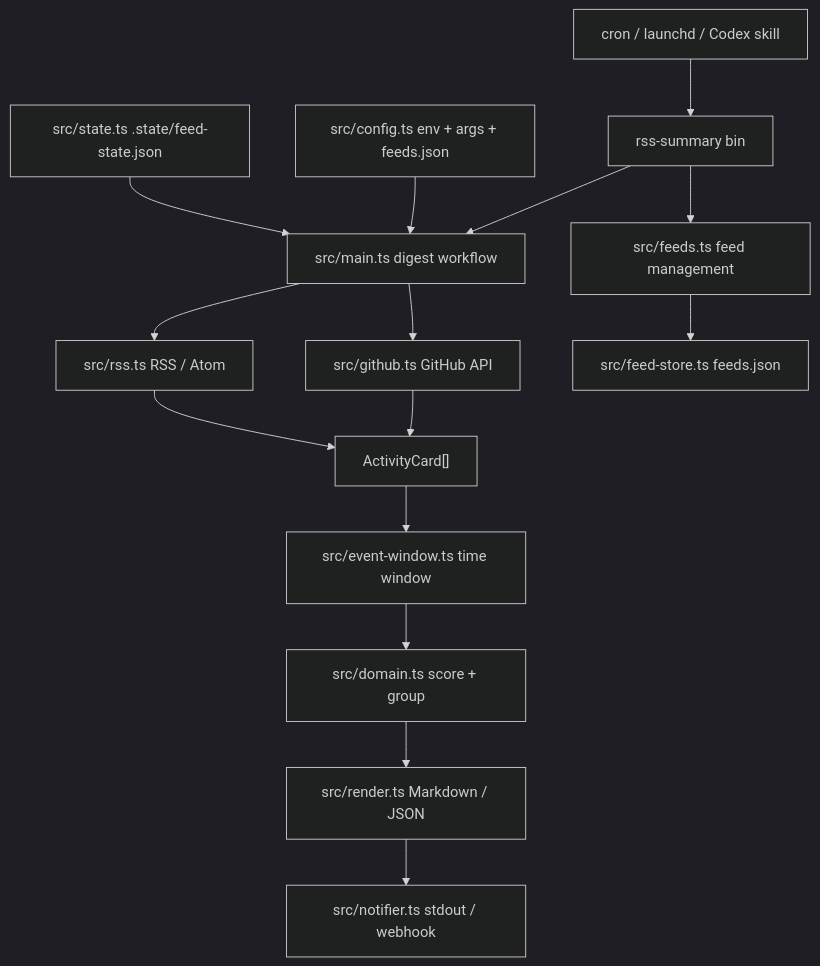
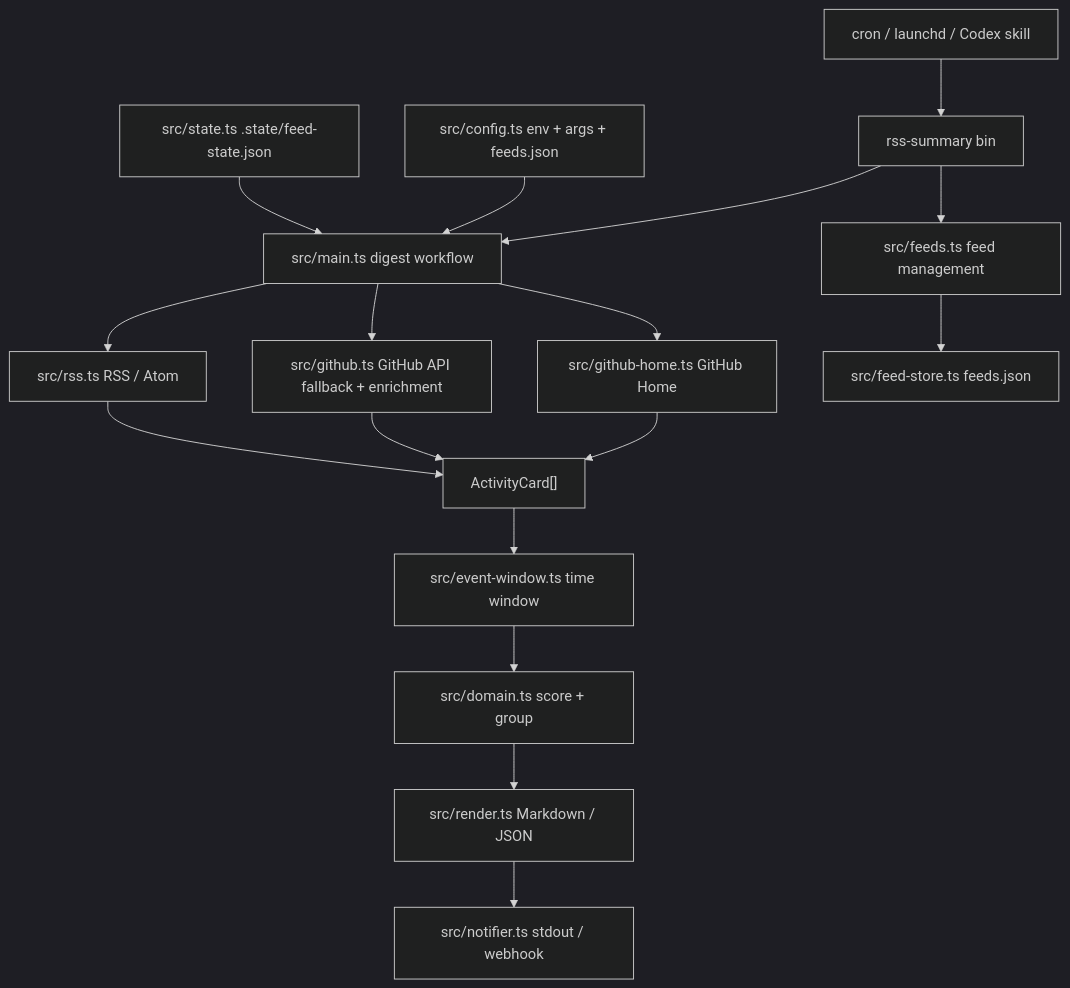
Before and after one commit to PerfectPan/rss-summary: the diagram in docs/architecture.md, drawn with Mermaid (dark theme). The commit also changed other lines of this file and 16 other files, not shown here.

First line of the commit message:
feat: use rendered GitHub Home feed

````diff
--- a/docs/architecture.md
+++ b/docs/architecture.md
@@ -9,21 +9,23 @@
 ```mermaid
 flowchart TD
   Trigger["cron / launchd / Codex skill"] --> CLI["rss-summary bin"]
   CLI --> Digest["src/main.ts digest workflow"]
   CLI --> FeedsCommand["src/feeds.ts feed management"]
 
   Config["src/config.ts env + args + feeds.json"] --> Digest
-  Digest --> GitHub["src/github.ts GitHub API"]
+  Digest --> GitHubHome["src/github-home.ts GitHub Home"]
+  Digest --> GitHub["src/github.ts GitHub API fallback + enrichment"]
   Digest --> RSS["src/rss.ts RSS / Atom"]
 
-  GitHub --> Cards["ActivityCard[]"]
+  GitHubHome --> Cards["ActivityCard[]"]
+  GitHub --> Cards
   RSS --> Cards
   Cards --> Window["src/event-window.ts time window"]
   Window --> Domain["src/domain.ts score + group"]
 
   State["src/state.ts .state/feed-state.json"] --> Digest
   Domain --> Render["src/render.ts Markdown / JSON"]
   Render --> Notify["src/notifier.ts stdout / webhook"]
 
   FeedsCommand --> FeedStore["src/feed-store.ts feeds.json"]
 ```
````
